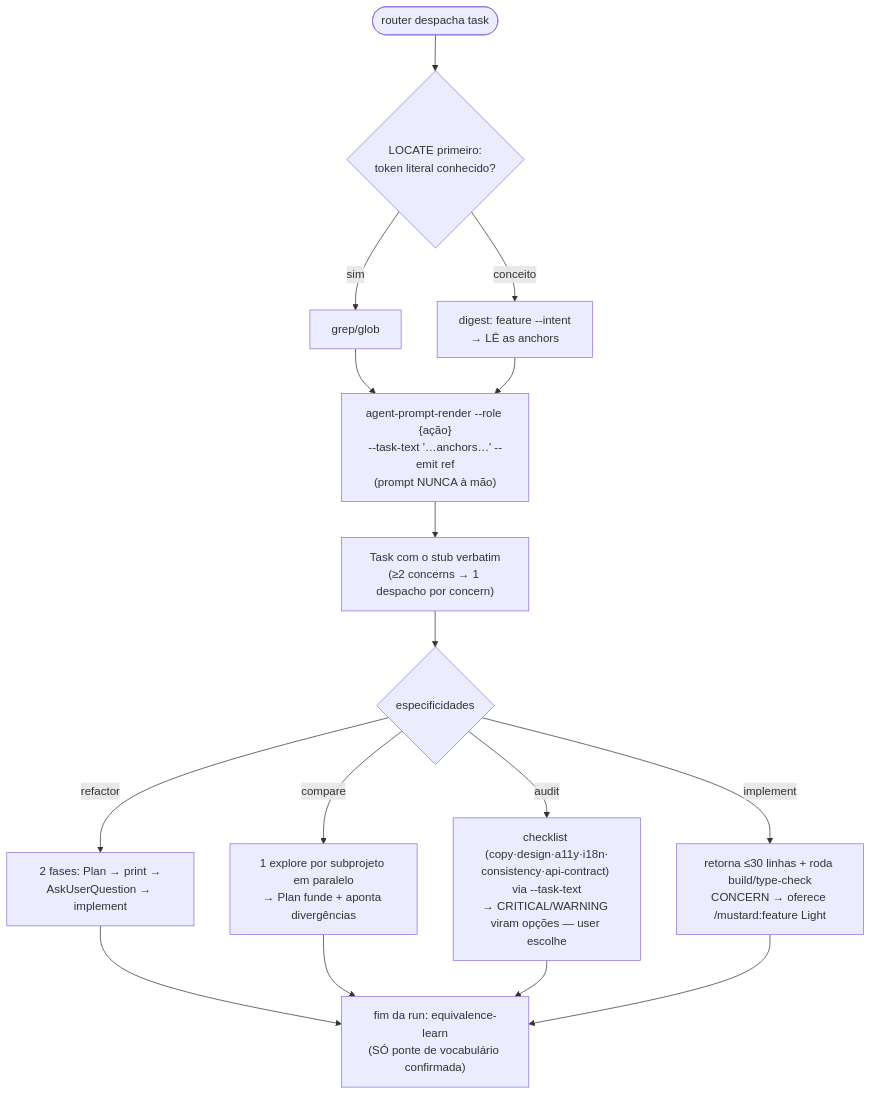
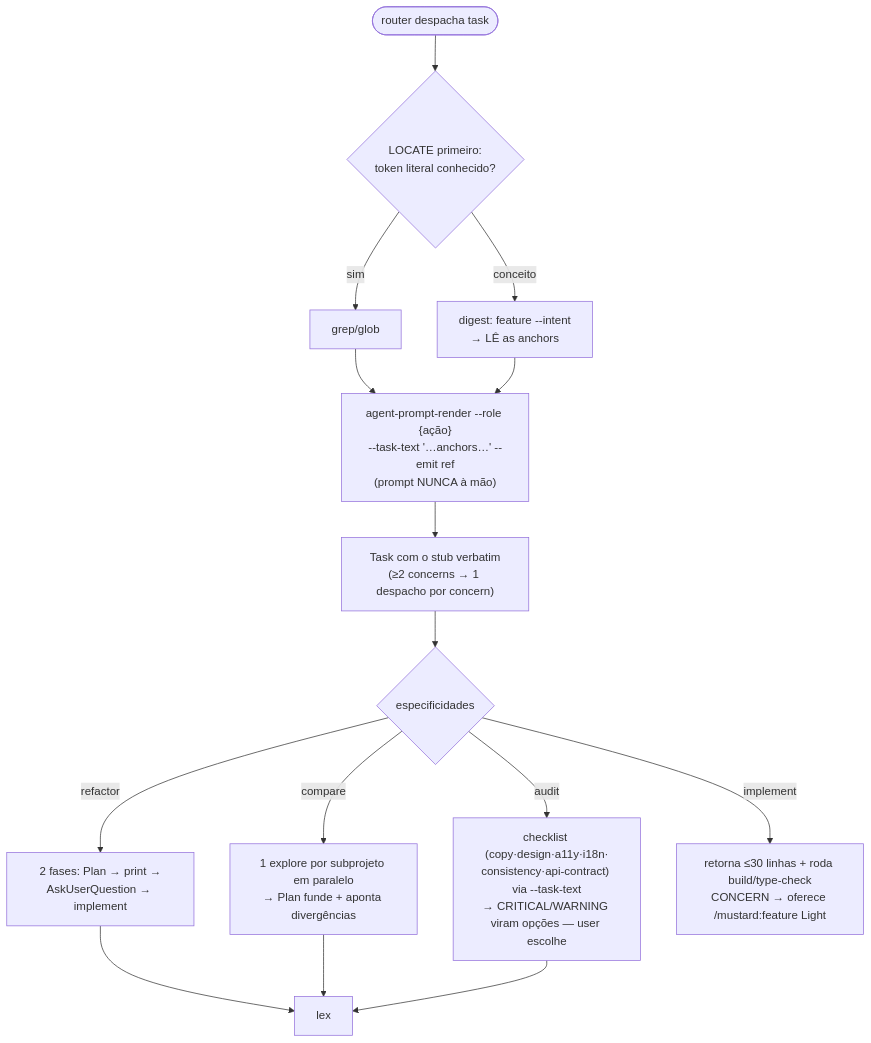
The ninth of 11 diagrams in MUSTARD-COMMANDS.md (rubensrpj/mustard), drawn with Mermaid before and after one commit. The commit also changed other lines of this file and 38 other files, not shown here.

````diff
--- a/MUSTARD-COMMANDS.md
+++ b/MUSTARD-COMMANDS.md
@@ -345,20 +345,19 @@
 ```mermaid
 flowchart TD
     start(["router despacha task"]) --> locate{"LOCATE primeiro:<br/>token literal conhecido?"}
     locate -->|sim| grep["grep/glob"]
     locate -->|conceito| dig["digest: feature --intent<br/>→ LÊ as anchors"]
     grep --> render
     dig --> render["agent-prompt-render --role {ação}<br/>--task-text '…anchors…' --emit ref<br/>(prompt NUNCA à mão)"]
     render --> disp["Task com o stub verbatim<br/>(≥2 concerns → 1 despacho por concern)"]
 
     disp --> acts{"especificidades"}
     acts -->|refactor| two["2 fases: Plan → print →<br/>AskUserQuestion → implement"]
     acts -->|compare| par["1 explore por subprojeto em paralelo<br/>→ Plan funde + aponta divergências"]
     acts -->|"audit"| chk["checklist (copy·design·a11y·i18n·<br/>consistency·api-contract) via --task-text<br/>→ CRITICAL/WARNING viram opções — user escolhe"]
     acts -->|implement| impl["retorna ≤30 linhas + roda build/type-check<br/>CONCERN → oferece /mustard:feature Light"]
 
     two --> lex
     par --> lex
     chk --> lex
-    impl --> lex["fim da run: equivalence-learn<br/>(SÓ ponte de vocabulário confirmada)"]
 ```
````
